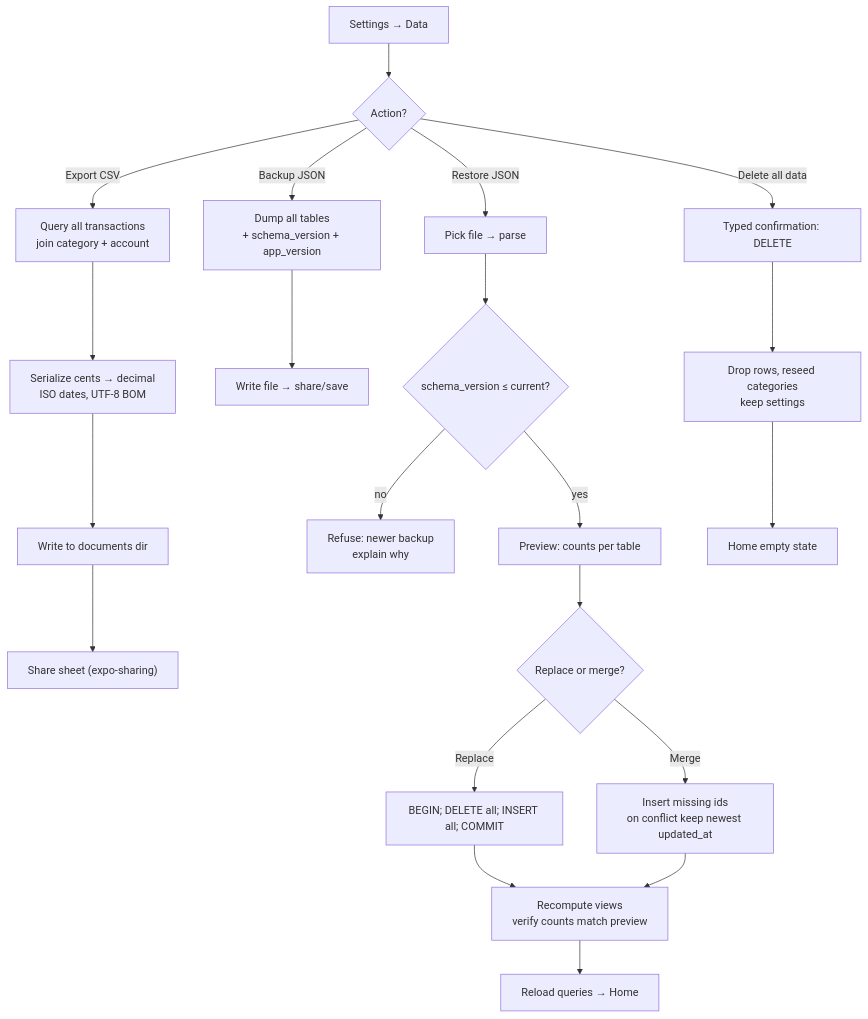
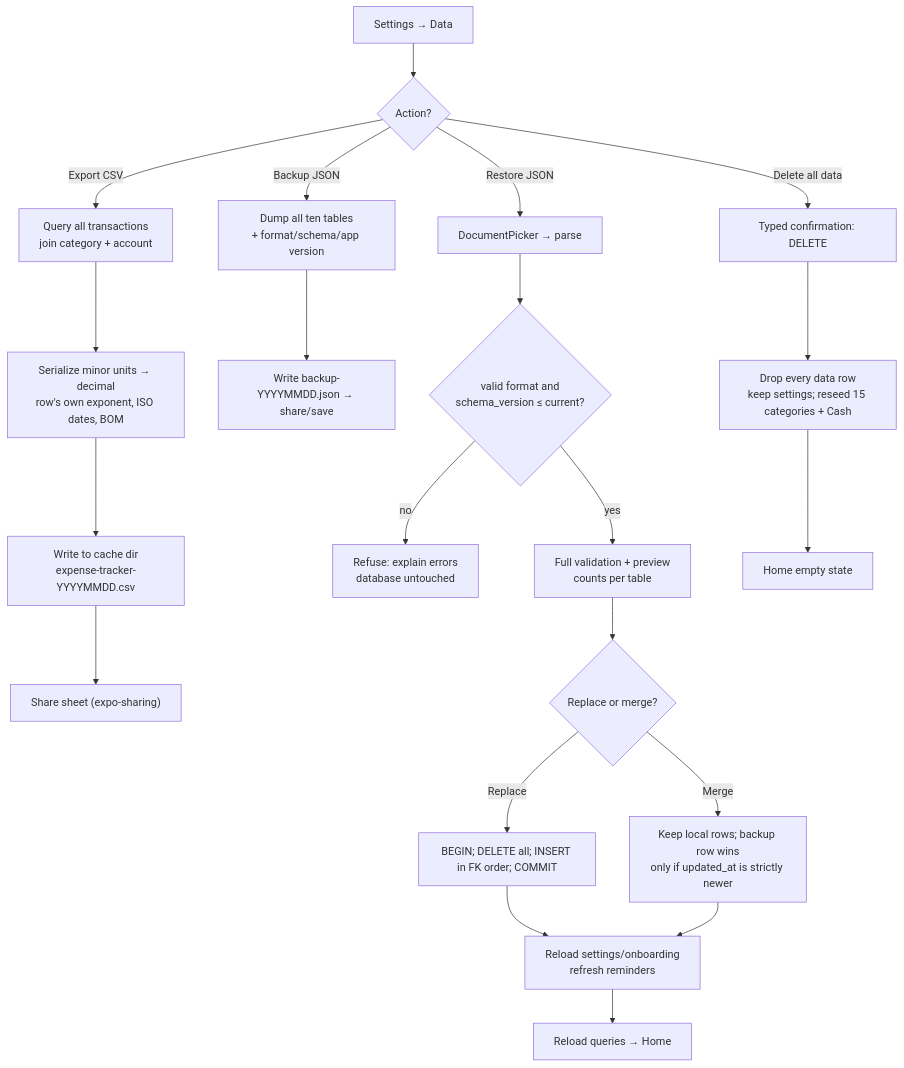
One commit to thisistayyab/expense-tracker changed the eighth of 11 diagrams in blueprints/09-flows.md. Above: the diagram before and after it, drawn with Mermaid. The commit also changed other lines of this file and 50 other files, not shown here.

````diff
--- a/blueprints/09-flows.md
+++ b/blueprints/09-flows.md
@@ -256,23 +263,23 @@
 ```mermaid
 flowchart TD
   A["Settings → Data"] --> B{"Action?"}
   B -- "Export CSV" --> C["Query all transactions<br/>join category + account"]
-  C --> D["Serialize cents → decimal<br/>ISO dates, UTF-8 BOM"]
-  D --> E["Write to documents dir<br/><taxonomy-export-YYYYMMDD.csv>"]
+  C --> D["Serialize minor units → decimal<br/>row's own exponent, ISO dates, BOM"]
+  D --> E["Write to cache dir<br/>expense-tracker-YYYYMMDD.csv"]
   E --> F["Share sheet (expo-sharing)"]
-  B -- "Backup JSON" --> G["Dump all tables<br/>+ schema_version + app_version"]
-  G --> H["Write file → share/save"]
-  B -- "Restore JSON" --> I["Pick file → parse"]
-  I --> J{"schema_version ≤ current?"}
-  J -- "no" --> K["Refuse: newer backup<br/>explain why"]
-  J -- "yes" --> L["Preview: counts per table"]
+  B -- "Backup JSON" --> G["Dump all ten tables<br/>+ format/schema/app version"]
+  G --> H["Write backup-YYYYMMDD.json → share/save"]
+  B -- "Restore JSON" --> I["DocumentPicker → parse"]
+  I --> J{"valid format and<br/>schema_version ≤ current?"}
+  J -- "no" --> K["Refuse: explain errors<br/>database untouched"]
+  J -- "yes" --> L["Full validation + preview<br/>counts per table"]
   L --> M{"Replace or merge?"}
-  M -- "Replace" --> N["BEGIN; DELETE all; INSERT all; COMMIT"]
-  M -- "Merge" --> O["Insert missing ids<br/>on conflict keep newest updated_at"]
-  N --> P["Recompute views<br/>verify counts match preview"]
+  M -- "Replace" --> N["BEGIN; DELETE all; INSERT in FK order; COMMIT"]
+  M -- "Merge" --> O["Keep local rows; backup row wins<br/>only if updated_at is strictly newer"]
+  N --> P["Reload settings/onboarding<br/>refresh reminders"]
   O --> P
   P --> Q["Reload queries → Home"]
   B -- "Delete all data" --> R["Typed confirmation: DELETE"]
-  R --> S["Drop rows, reseed categories<br/>keep settings"]
+  R --> S["Drop every data row<br/>keep settings; reseed 15 categories + Cash"]
   S --> T["Home empty state"]
 ```
````
